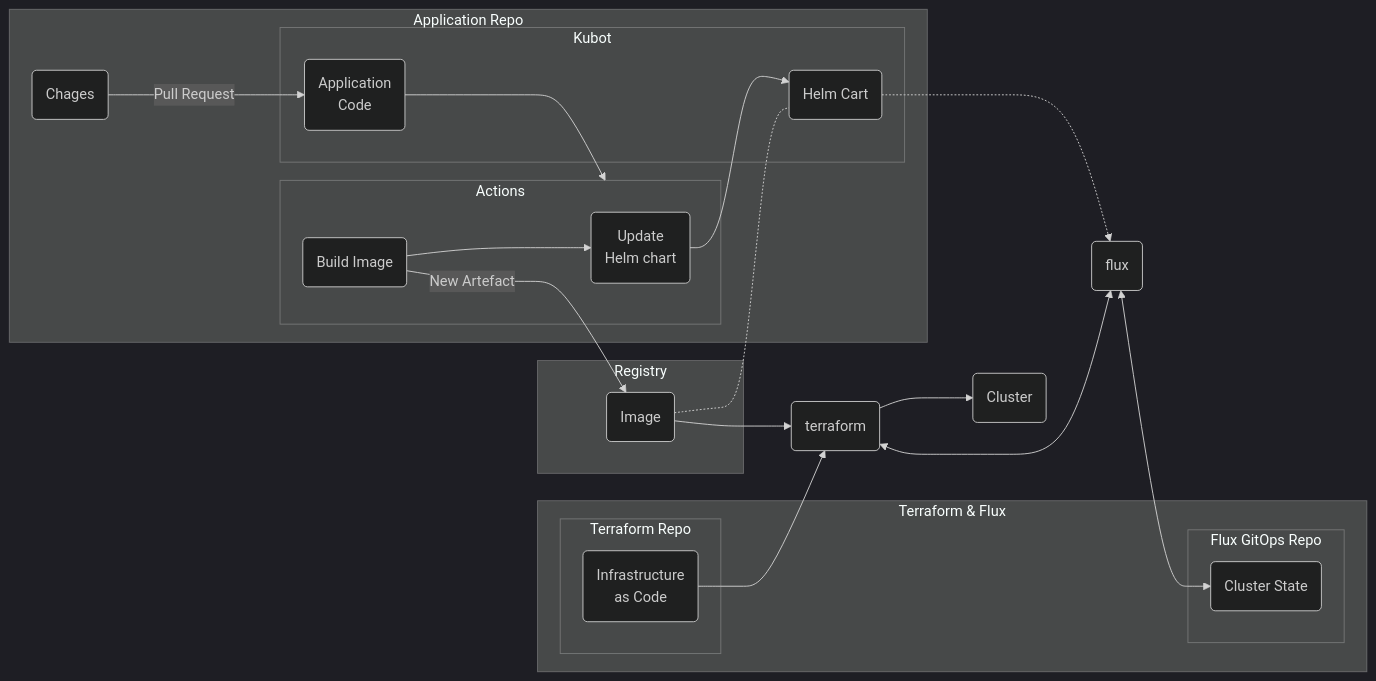
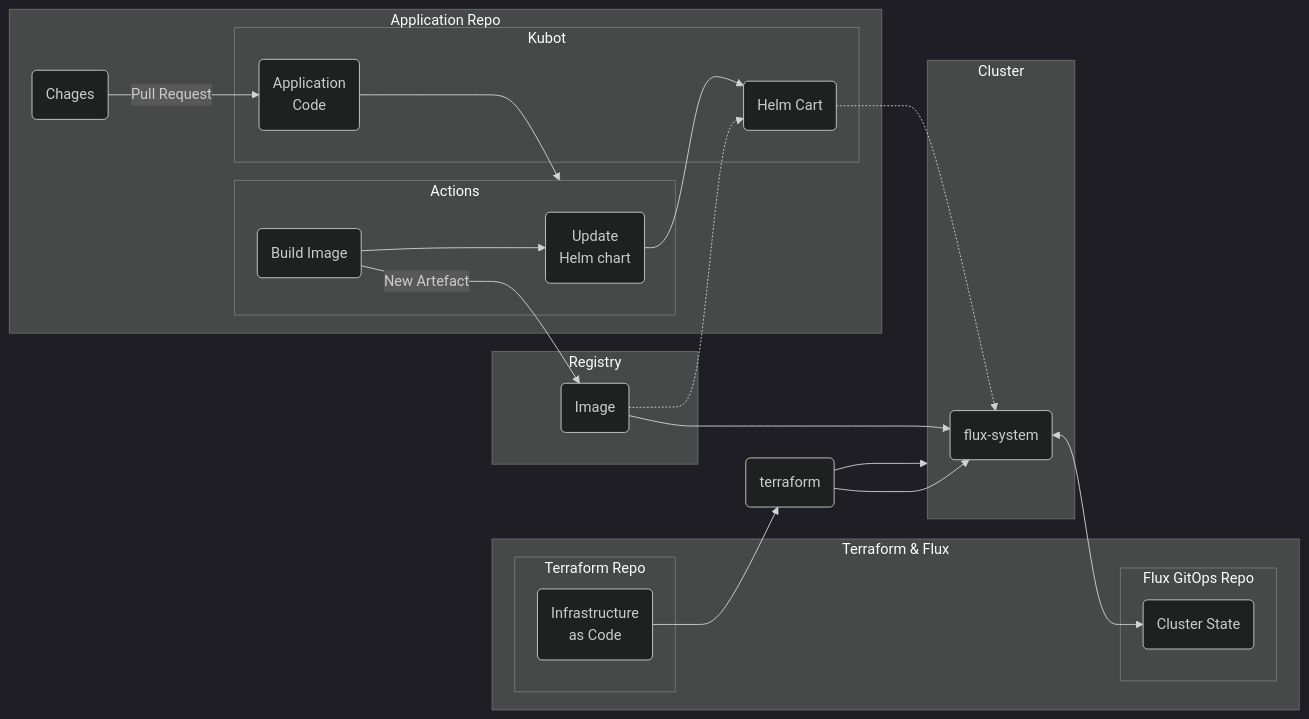
The diagram in README.md (Andygol/tf-flux), drawn with Mermaid (dark theme) before and after one commit.

````diff
--- a/README.md
+++ b/README.md
@@ -110,57 +110,61 @@
 ```mermaid
 graph LR
 
 subgraph Terraform & Flux
 
   subgraph Flux GitOps Repo
     cs(Cluster State)
   end
 
   subgraph Terraform Repo
     tfc("Infrastructure 
   as Code")
   end
 
 end
 
 subgraph Registry
   artf(Image)
 end
 
 subgraph Application Repo
-
   subgraph Kubot
-    helm(Helm Cart)
     code("Application 
       Code")
+    helm(Helm Cart)
   end
 
   subgraph Actions
     ht("Update 
       Helm chart")
     bi(Build Image)
+    bi-->|New Artefact|artf
     bi-->ht
   end
 
   code-->Actions
+ 
+  push(Chages)-->|Pull Request|code
   ht-->helm
-  bi-->|New Artefact|artf
-  push(Chages)--->|Pull Request|code
 
 end
 
-tfa-->cluster(Cluster)
-artf-.-helm
+subgraph Cluster
+  flux(flux-system)
+  artf-->flux
+  artf-.->helm
+end
+
 tfc-->tfa(terraform)
-tfa<--->flux(flux)
+tfa-->Cluster
+tfa-->flux
 flux<-->cs
 helm-.->flux
-artf-->tfa
 
 subgraph Kubot
   helm(Helm Cart)
   code("Application 
     Code")
 end
 
 ```
````
